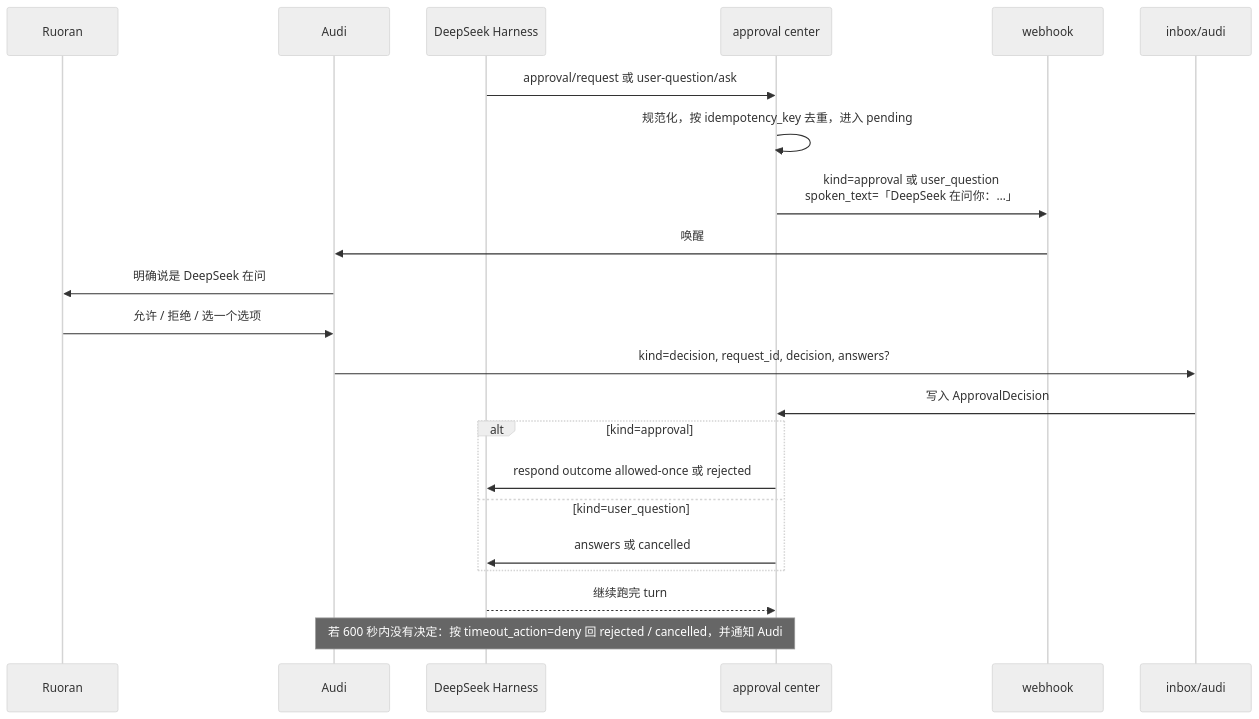
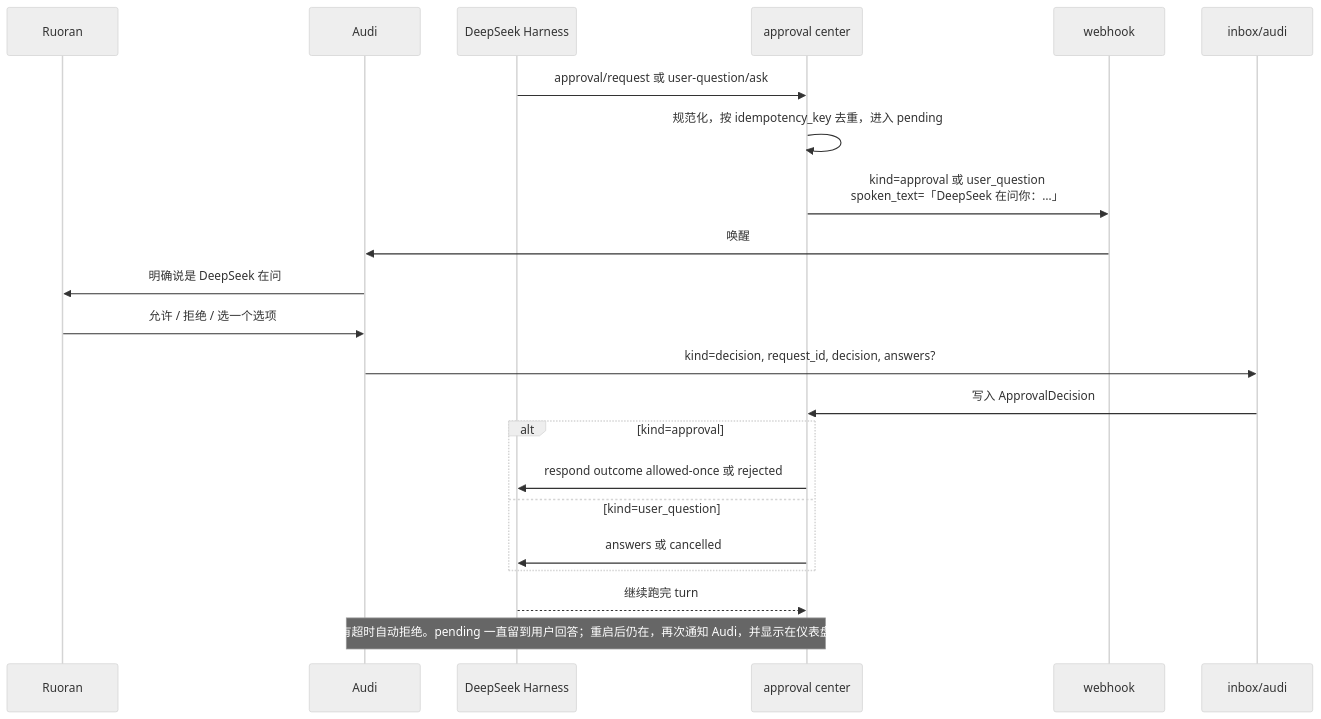
One commit to abharosim/audi28 changed the fourth of 4 diagrams in docs/DESIGN.md. Above: the diagram before and after it, drawn with Mermaid (neutral theme). The commit also changed other lines of this file and 22 other files, not shown here.

````diff
--- a/docs/DESIGN.md
+++ b/docs/DESIGN.md
@@ -323,25 +350,25 @@
 ```mermaid
 sequenceDiagram
   participant U as Ruoran
   participant A as Audi
   participant D as DeepSeek Harness
   participant P as approval center
   participant W as webhook
   participant I as inbox/audi
 
   D->>P: approval/request 或 user-question/ask
   P->>P: 规范化，按 idempotency_key 去重，进入 pending
   P->>W: kind=approval 或 user_question<br/>spoken_text=「DeepSeek 在问你：…」
   W->>A: 唤醒
   A->>U: 明确说是 DeepSeek 在问
   U->>A: 允许 / 拒绝 / 选一个选项
   A->>I: kind=decision, request_id, decision, answers?
   I->>P: 写入 ApprovalDecision
   alt kind=approval
     P->>D: respond outcome allowed-once 或 rejected
   else kind=user_question
     P->>D: answers 或 cancelled
   end
   D-->>P: 继续跑完 turn
-  Note over P,A: 若 600 秒内没有决定：按 timeout_action=deny 回 rejected / cancelled，并通知 Audi
+  Note over P,A: 没有超时自动拒绝。pending 一直留到用户回答；重启后仍在，再次通知 Audi，并显示在仪表盘上
 ```
````
